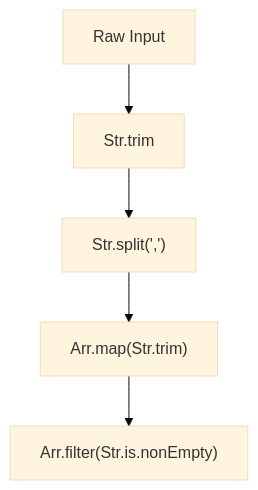
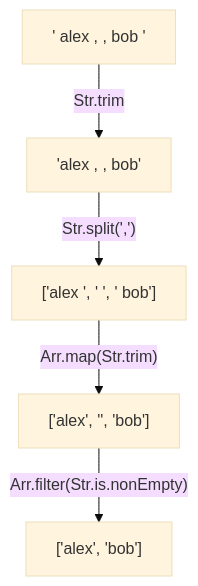
Before and after one commit to nlozgachev/pipelined: the diagram in docs/src/content/docs/guides/str.md, drawn with Mermaid (base theme). The commit also changed other lines of this file and 22 other files, not shown here.

Commit message:
docs: better diagrams

````diff
--- a/docs/src/content/docs/guides/str.md
+++ b/docs/src/content/docs/guides/str.md
@@ -46,7 +46,7 @@
 ```mermaid
-flowchart TD
-    A["Raw Input"] --> B["Str.trim"]
-    B --> C["Str.split(',')"]
-    C --> D["Arr.map(Str.trim)"]
-    D --> E["Arr.filter(Str.is.nonEmpty)"]
+flowchart TB
+    A["'  alex , , bob  '"] -->|"Str.trim"| B["'alex , , bob'"]
+    B -->|"Str.split(',')"| C["['alex ', ' ', ' bob']"]
+    C -->|"Arr.map(Str.trim)"| D["['alex', '', 'bob']"]
+    D -->|"Arr.filter(Str.is.nonEmpty)"| E["['alex', 'bob']"]
 ```
````
